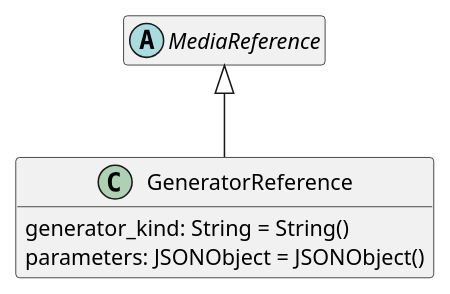
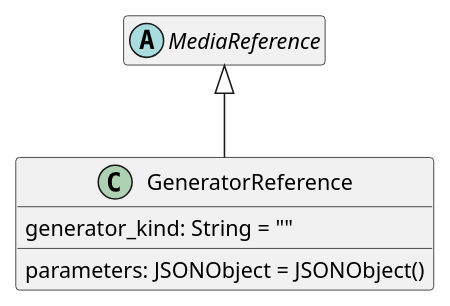
Diagram 20 of 32 in src/main/md/otio-core.md (sandflow/otio-core-specification), drawn with PlantUML before and after one commit. The commit also changed other lines of this file, not shown here.

````diff
--- a/src/main/md/otio-core.md
+++ b/src/main/md/otio-core.md
@@ -1290,16 +1288,16 @@
 ```puml
 @startuml
 hide empty members
 skinparam classAttributeIconSize 0
 
 abstract class MediaReference
 
 MediaReference <|-- GeneratorReference
 
 class GeneratorReference {
-  generator_kind: String = String()
+  generator_kind: String = ""
   parameters: JSONObject = JSONObject()
 }
 
 @enduml
 ```
````
